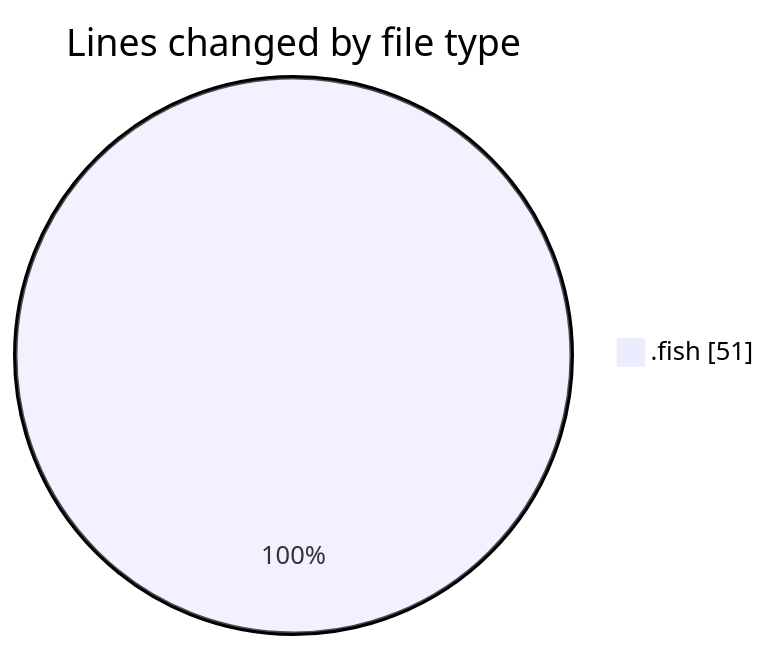
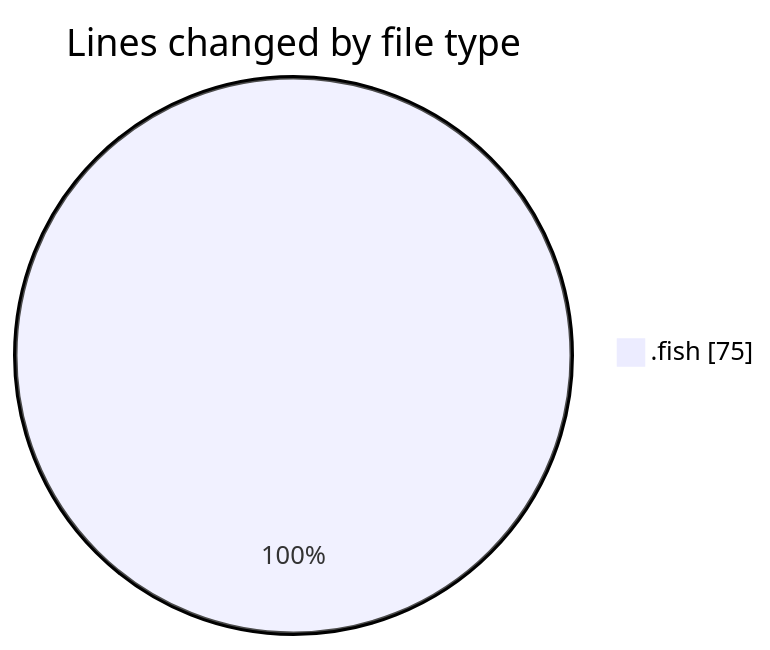
Before and after one commit to EIIisD/code-tracking: the first of 2 diagrams in 2025-07-27/fish/README.md, drawn with Mermaid. The commit also changed other lines of this file and 1 other file, not shown here.

````diff
--- a/2025-07-27/fish/README.md
+++ b/2025-07-27/fish/README.md
@@ -20,5 +20,5 @@
 ```mermaid
 pie showData
 title Lines changed by file type
-".fish" : 51
+".fish" : 75
 ```
````
